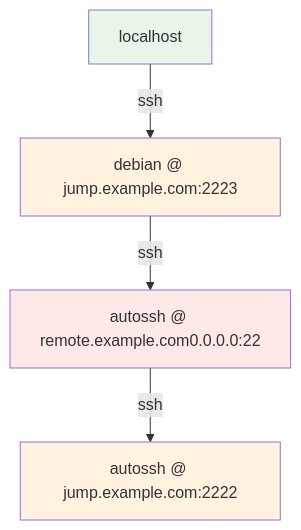
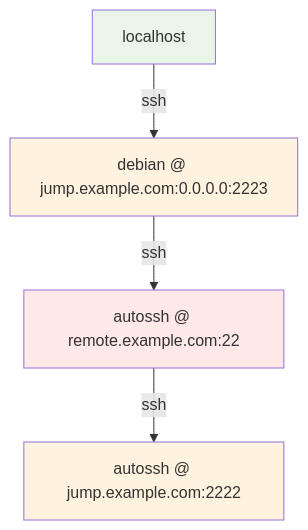
The second of 2 diagrams in autossh.md (Mint-System/Wiki), drawn with Mermaid before and after one commit. The commit also changed other lines of this file, not shown here.

````diff
--- a/autossh.md
+++ b/autossh.md
@@ -51,11 +55,11 @@
 ```mermaid
 graph TD
-    A[autossh @ remote.example.com0.0.0.0:22] -->|ssh| B[autossh @ jump.example.com:2222]
-    D[localhost] -->|ssh| C[debian @ jump.example.com:2223]
+    A[autossh @ remote.example.com:22] -->|ssh| B[autossh @ jump.example.com:2222]
+    D[localhost] -->|ssh| C[debian @ jump.example.com:0.0.0.0:2223]
     C -->|ssh| A
     
     style A fill:#ffe8e8
     style B fill:#fff3e0
     style C fill:#fff3e0
     style D fill:#e8f5e8
 ```
````
